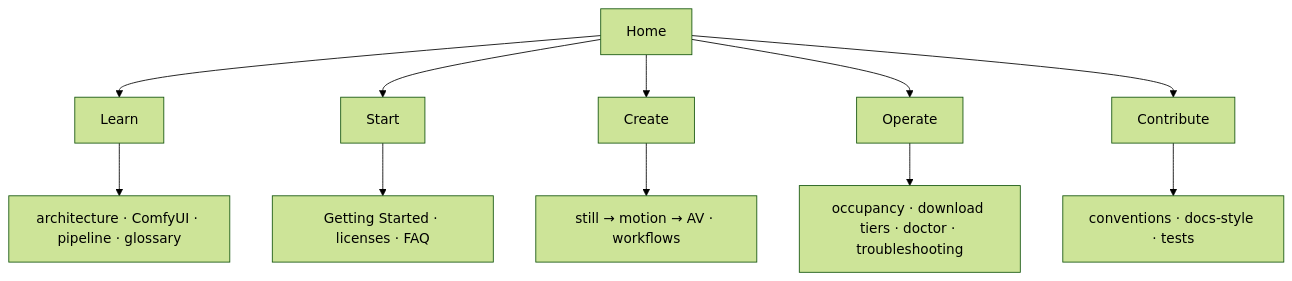
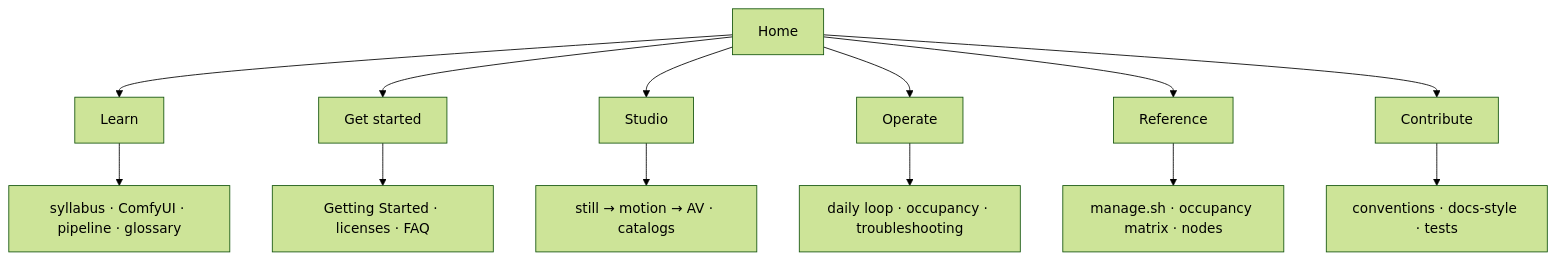
The diagram in README.md (toxicoder/ez-comfy-stack), drawn with Mermaid (forest theme) before and after one commit. The commit also changed 15 other files, not shown here.

````diff
--- a/README.md
+++ b/README.md
@@ -25,13 +25,15 @@
 ```mermaid
 flowchart TB
   Home["Home"] --> Learn["Learn"]
-  Home --> Start["Start"]
-  Home --> Create["Create"]
+  Home --> Start["Get started"]
+  Home --> Studio["Studio"]
   Home --> Operate["Operate"]
+  Home --> Ref["Reference"]
   Home --> Contribute["Contribute"]
-  Learn --> L1["architecture · ComfyUI · pipeline · glossary"]
+  Learn --> L1["syllabus · ComfyUI · pipeline · glossary"]
   Start --> S1["Getting Started · licenses · FAQ"]
-  Create --> C1["still → motion → AV · workflows"]
-  Operate --> O1["occupancy · download tiers · doctor · troubleshooting"]
+  Studio --> C1["still → motion → AV · catalogs"]
+  Operate --> O1["daily loop · occupancy · troubleshooting"]
+  Ref --> R1["manage.sh · occupancy matrix · nodes"]
   Contribute --> N1["conventions · docs-style · tests"]
 ```
````
